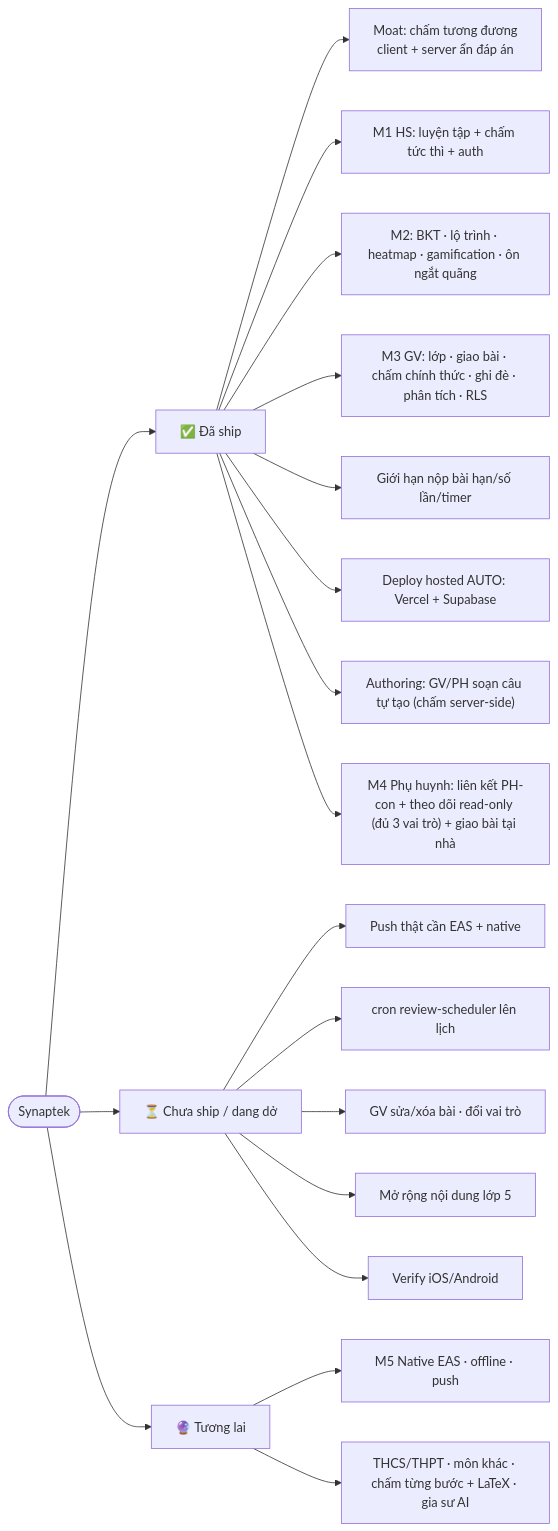
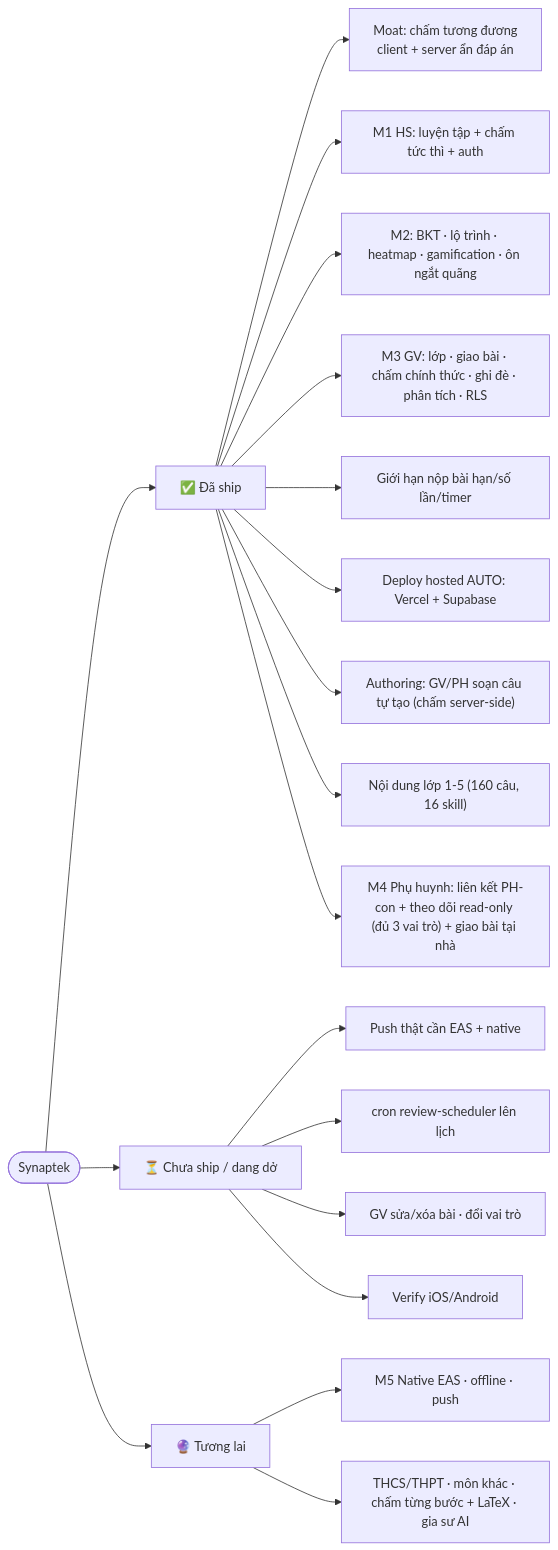
The second of 2 diagrams in docs/FEATURE-MAP.md (hoanghainh1188/synaptek), drawn with Mermaid before and after one commit. The commit also changed other lines of this file and 10 other files, not shown here.

First line of the commit message:
content(g5): nội dung lớp 5 — phủ trọn Tiểu học 1–5 (160 câu) (#25)

````diff
--- a/docs/FEATURE-MAP.md
+++ b/docs/FEATURE-MAP.md
@@ -58,25 +58,25 @@
 ```mermaid
 flowchart LR
   S([Synaptek])
   S --> SHIPPED["✅ Đã ship"]
   S --> WIP["⏳ Chưa ship / dang dở"]
   S --> FUTURE["🔮 Tương lai"]
 
   SHIPPED --> A1["Moat: chấm tương đương<br/>client + server ẩn đáp án"]
   SHIPPED --> A2["M1 HS: luyện tập + chấm tức thì + auth"]
   SHIPPED --> A3["M2: BKT · lộ trình · heatmap · gamification · ôn ngắt quãng"]
   SHIPPED --> A4["M3 GV: lớp · giao bài · chấm chính thức · ghi đè · phân tích · RLS"]
   SHIPPED --> A5["Giới hạn nộp bài hạn/số lần/timer"]
   SHIPPED --> A6["Deploy hosted AUTO: Vercel + Supabase"]
 
   WIP --> B1["Push thật cần EAS + native"]
   WIP --> B2["cron review-scheduler lên lịch"]
   WIP --> B3["GV sửa/xóa bài · đổi vai trò"]
   SHIPPED --> A8["Authoring: GV/PH soạn câu tự tạo (chấm server-side)"]
-  WIP --> B4["Mở rộng nội dung lớp 5"]
+  SHIPPED --> A9["Nội dung lớp 1-5 (160 câu, 16 skill)"]
   WIP --> B5["Verify iOS/Android"]
 
   SHIPPED --> A7["M4 Phụ huynh: liên kết PH-con + theo dõi read-only (đủ 3 vai trò) + giao bài tại nhà"]
   FUTURE --> C2["M5 Native EAS · offline · push"]
   FUTURE --> C3["THCS/THPT · môn khác · chấm từng bước + LaTeX · gia sư AI"]
 ```
````
